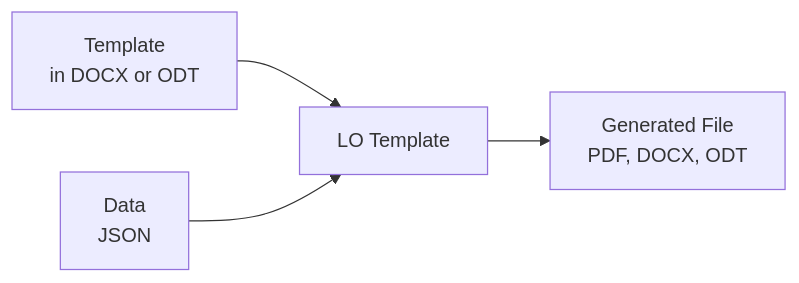
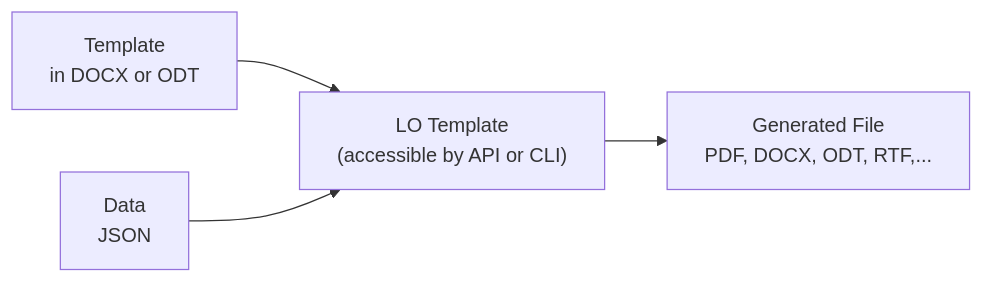
One commit to Probesys/lotemplate changed the diagram in README.md. Above: the diagram before and after it, drawn with Mermaid.

Commit message:
better schema

````diff
--- a/README.md
+++ b/README.md
@@ -6,11 +6,11 @@
 ```mermaid
 flowchart LR
     template[Template<br/>in DOCX or ODT]
     json[Data<br/>JSON]
-    lotemplate[LO Template]
-    generatedFile[Generated File<br/>PDF, DOCX, ODT]
+    lotemplate["LO Template<br/>(accessible by API or CLI)"]
+    generatedFile[Generated File<br/>PDF, DOCX, ODT, RTF,...]
     
     template --> lotemplate
     json --> lotemplate
     lotemplate --> generatedFile
 ```
````
